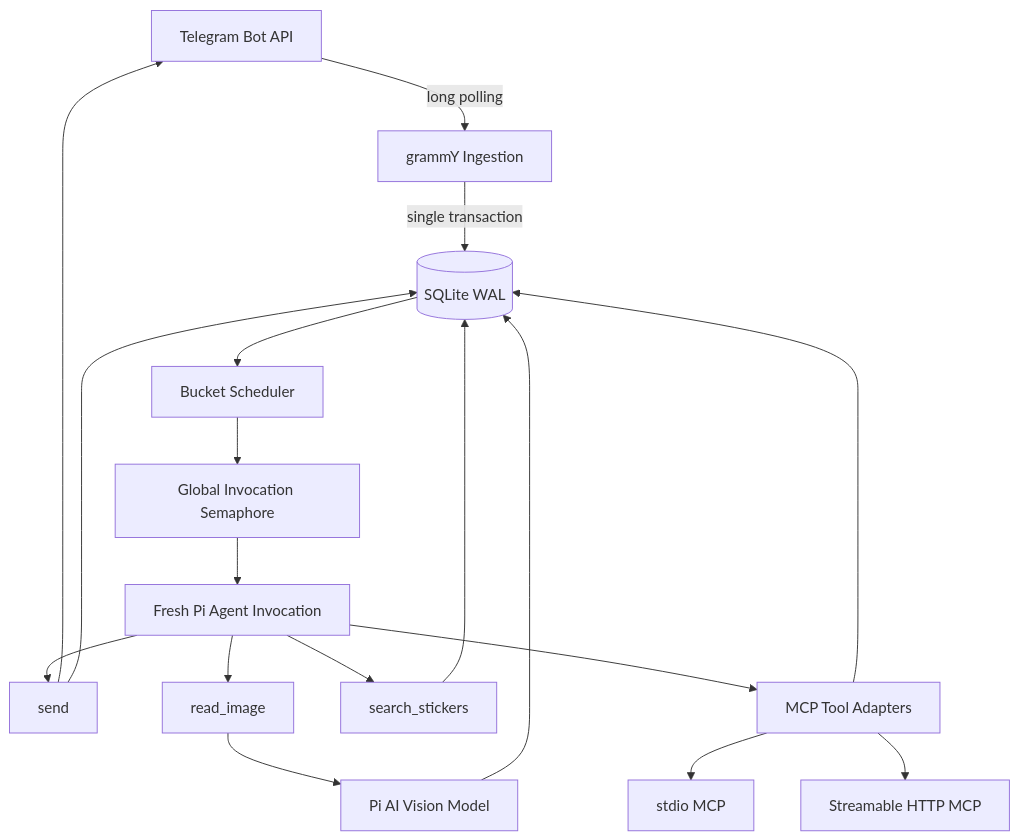
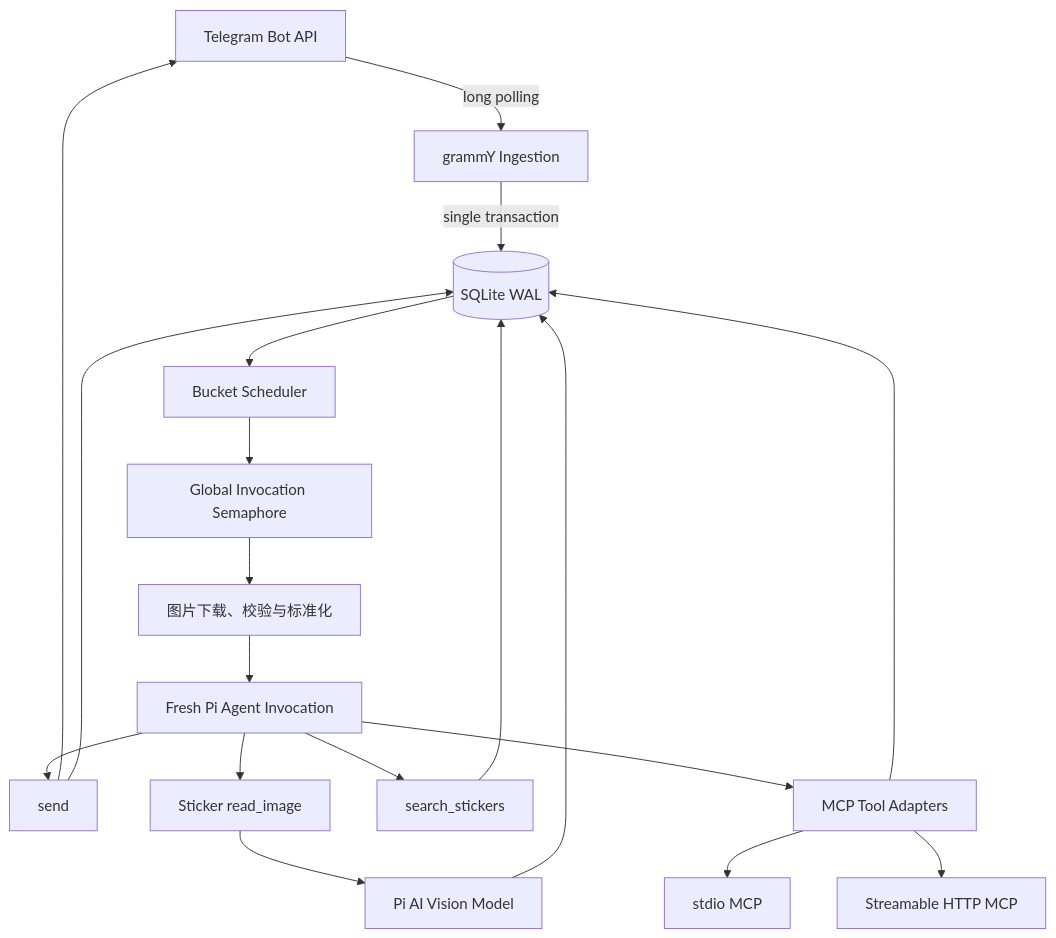
One commit to tcdw/plastic-wan changed the first of 2 diagrams in agent-doc/design/20260815 塑料碗 Telegram Bot 技术设计.md. Above: the diagram before and after it, drawn with Mermaid. The commit also changed other lines of this file and 19 other files, not shown here.

````diff
--- a/agent-doc/design/20260815 塑料碗 Telegram Bot 技术设计.md
+++ b/agent-doc/design/20260815 塑料碗 Telegram Bot 技术设计.md
@@ -45,23 +45,24 @@
 ```mermaid
 flowchart TD
     TG[Telegram Bot API] -->|long polling| INGEST[grammY Ingestion]
     INGEST -->|single transaction| DB[(SQLite WAL)]
     DB --> SCHED[Bucket Scheduler]
     SCHED --> QUEUE[Global Invocation Semaphore]
-    QUEUE --> INV[Fresh Pi Agent Invocation]
+    QUEUE --> MEDIA[图片下载、校验与标准化]
+    MEDIA --> INV[Fresh Pi Agent Invocation]
 
     INV --> SEND[send]
-    INV --> IMAGE[read_image]
+    INV --> IMAGE[Sticker read_image]
     INV --> STICKER[search_stickers]
     INV --> MCP[MCP Tool Adapters]
 
     SEND --> TG
     IMAGE --> VISION[Pi AI Vision Model]
     STICKER --> DB
     MCP --> STDIO[stdio MCP]
     MCP --> HTTP[Streamable HTTP MCP]
 
     VISION --> DB
     SEND --> DB
     MCP --> DB
 ```
````
